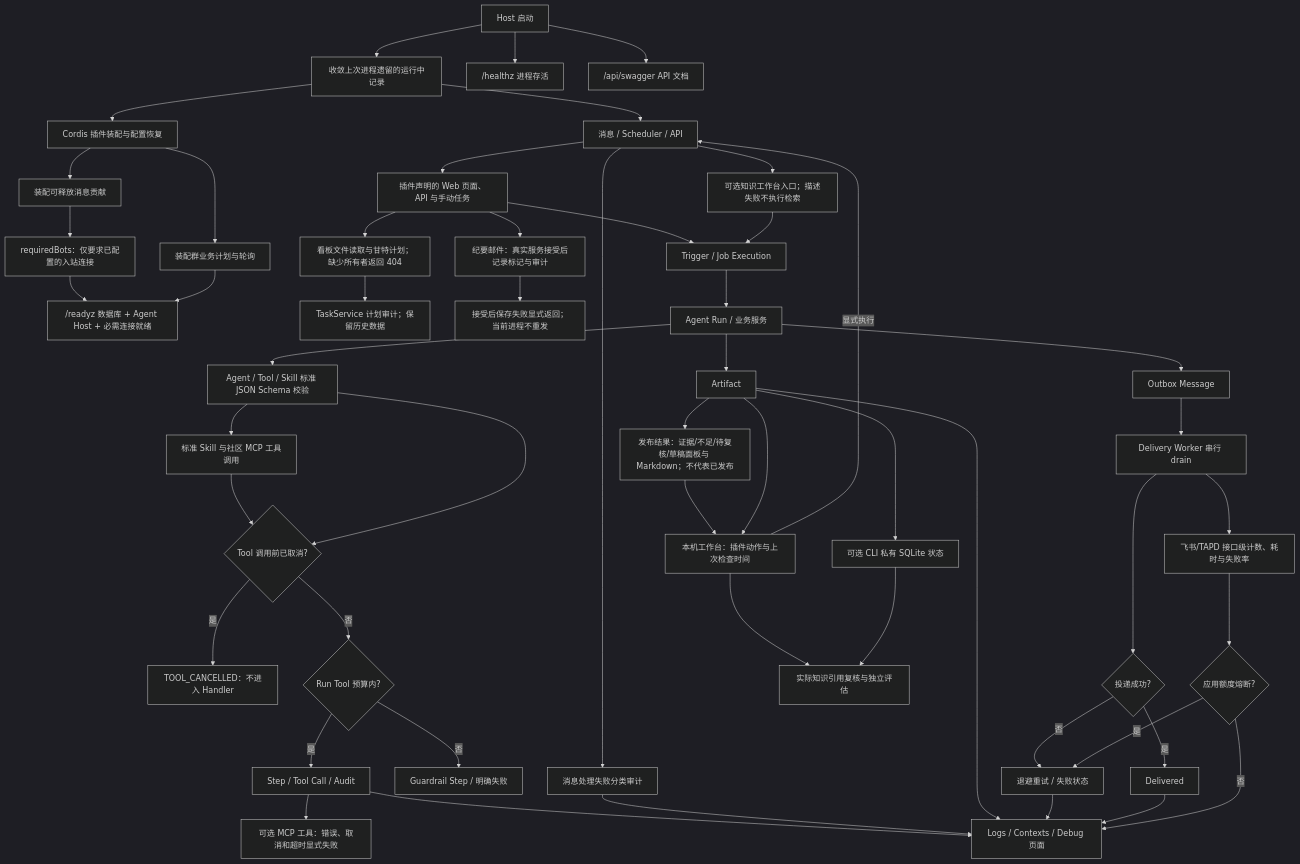
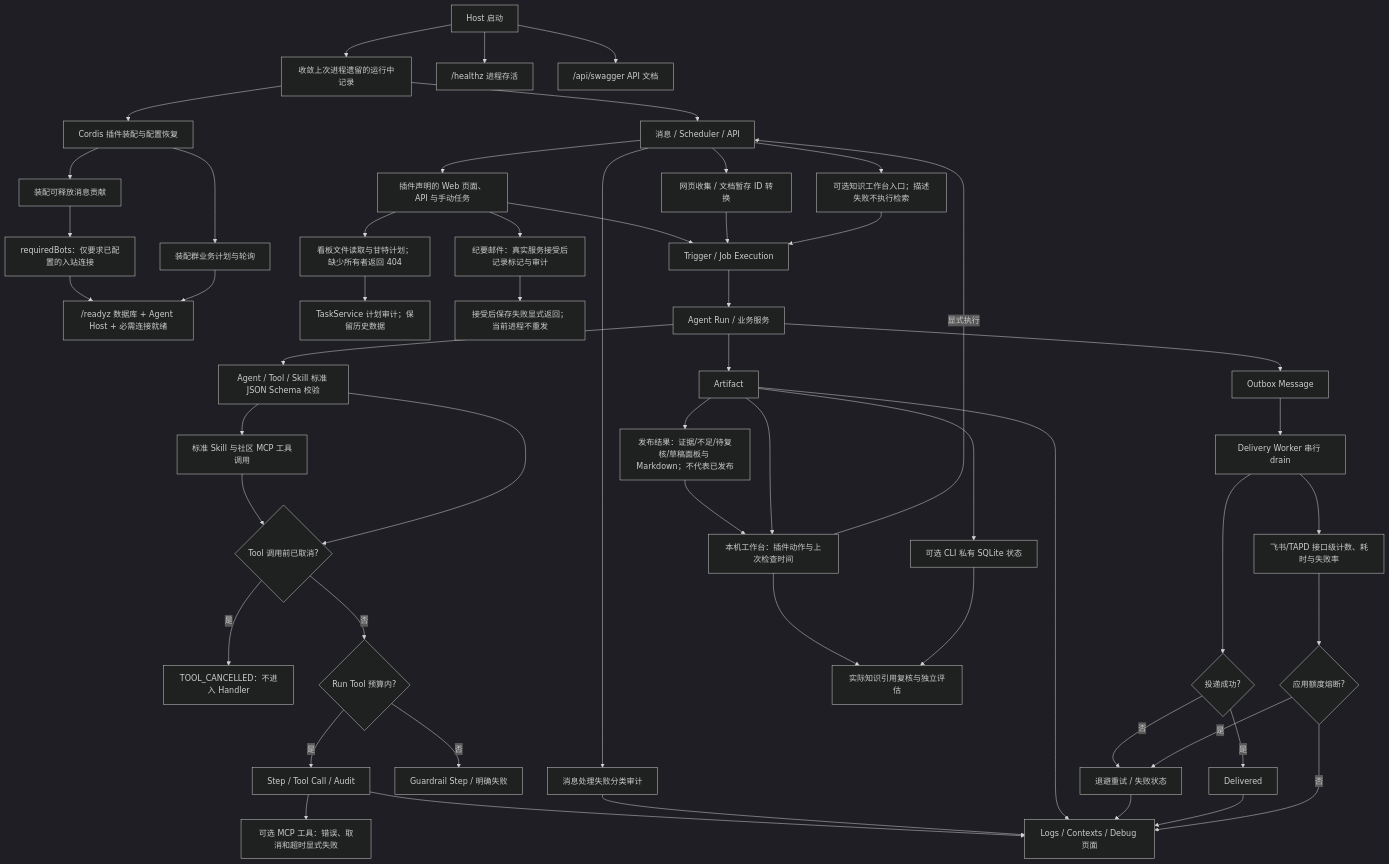
One commit to KlayPeter/AI-Delivery-Ops-Agent changed the diagram in backend/src/platform/runtime/FEATURE.md. Above: the diagram before and after it, drawn with Mermaid (dark theme). The commit also changed other lines of this file and 33 other files, not shown here.

````diff
--- a/backend/src/platform/runtime/FEATURE.md
+++ b/backend/src/platform/runtime/FEATURE.md
@@ -21,54 +21,56 @@
 ```mermaid
 flowchart TD
     R["Host 启动"] --> S["收敛上次进程遗留的运行中记录"]
     R --> Q["/healthz 进程存活"]
     R --> OAPI["/api/swagger API 文档"]
     S --> P["Cordis 插件装配与配置恢复"]
     P --> MR["装配可释放消息贡献"]
     MR --> BC["requiredBots：仅要求已配置的入站连接"]
     BC --> Z["/readyz 数据库 + Agent Host + 必需连接就绪"]
     P --> SJ[装配群业务计划与轮询]
     SJ --> Z
     S --> A["消息 / Scheduler / API"]
     A --> WOWN[插件声明的 Web 页面、API 与手动任务]
     WOWN --> PV[看板文件读取与甘特计划；缺少所有者返回 404]
     PV --> PA[TaskService 计划审计；保留历史数据]
     WOWN --> EMAIL[纪要邮件：真实服务接受后记录标记与审计]
     EMAIL --> UNCERTAIN[接受后保存失败显式返回；当前进程不重发]
     WOWN --> B["Trigger / Job Execution"]
     B --> C["Agent Run / 业务服务"]
     C --> SC[Agent / Tool / Skill 标准 JSON Schema 校验]
     SC --> C7[标准 Skill 与社区 MCP 工具调用]
     C7 --> TC
     SC --> TC{"Tool 调用前已取消?"}
     D --> MCP[可选 MCP 工具：错误、取消和超时显式失败]
     TC -- 是 --> TR["TOOL_CANCELLED：不进入 Handler"]
     TC -- 否 --> L{"Run Tool 预算内?"}
     L -- 是 --> D["Step / Tool Call / Audit"]
     L -- 否 --> M["Guardrail Step / 明确失败"]
     C --> E["Artifact"]
     C --> F["Outbox Message"]
     F --> G["Delivery Worker 串行 drain"]
     G --> H{"投递成功?"}
     H -- 否 --> I["退避重试 / 失败状态"]
     H -- 是 --> J["Delivered"]
     D --> K["Logs / Contexts / Debug 页面"]
     A --> X["消息处理失败分类审计"]
     X --> K
+    A --> COL[网页收集 / 文档暂存 ID 转换]
+    COL --> B
     A --> KW[可选知识工作台入口；描述失败不执行检索]
     KW --> B
     E --> RELEASE[发布结果：证据/不足/待复核/草稿面板与 Markdown；不代表已发布]
     RELEASE --> WA
     E --> WA[本机工作台：插件动作与上次检查时间]
     WA -- 显式执行 --> A
     WA --> IC
     E --> KS[可选 CLI 私有 SQLite 状态]
     KS --> IC[实际知识引用复核与独立评估]
     E --> K
     I --> K
     J --> K
     G --> Y["飞书/TAPD 接口级计数、耗时与失败率"]
     Y --> Z1{"应用额度熔断?"}
     Z1 -- "是" --> I
     Z1 -- "否" --> K
 ```
````
